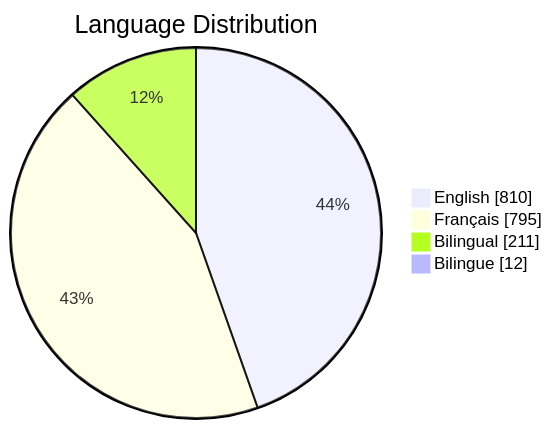
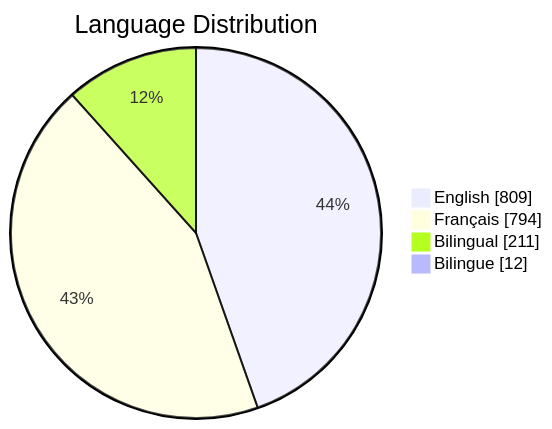
Before and after one commit to PatLittle/GC-Socials: the third of 6 diagrams in README.md, drawn with Mermaid. The commit also changed other lines of this file, not shown here.

Commit message:
Update README with Platform Distribution pie chart

````diff
--- a/README.md
+++ b/README.md
@@ -63,7 +63,7 @@
 ```mermaid
 pie showData title Language Distribution
-    "English": 810
-    "Français": 795
+    "English": 809
+    "Français": 794
     "Bilingual": 211
     "Bilingue": 12
 ```
````
